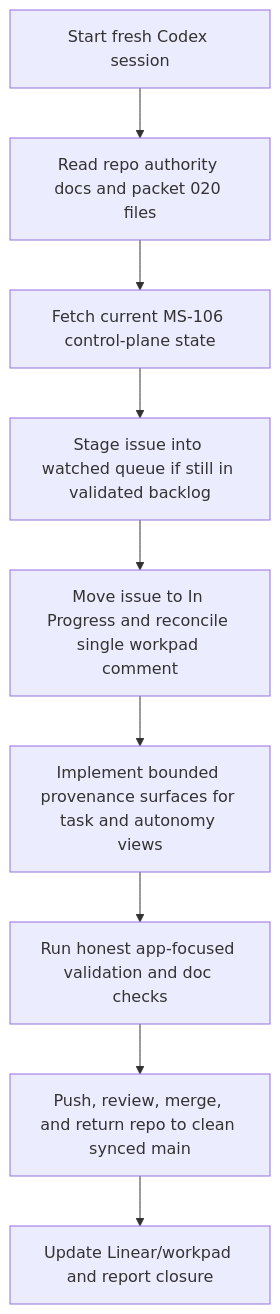
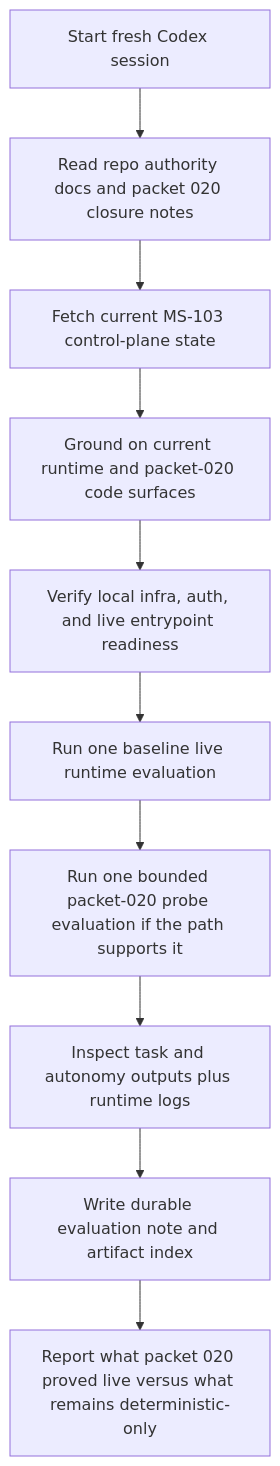
Before and after one commit to MattMagg/MisterSmith: the diagram in docs/prompt-improver-spec/implementation_plan.md, drawn with Mermaid. The commit also changed other lines of this file and 3 other files, not shown here.

First line of the commit message:
docs(prompt-improver): add MS-103 live evaluation handoff (#245)

````diff
--- a/docs/prompt-improver-spec/implementation_plan.md
+++ b/docs/prompt-improver-spec/implementation_plan.md
@@ -50,11 +72,12 @@
 ```mermaid
 graph TD
-    A["Start fresh Codex session"] --> B["Read repo authority docs and packet 020 files"]
-    B --> C["Fetch current MS-106 control-plane state"]
-    C --> D["Stage issue into watched queue if still in validated backlog"]
-    D --> E["Move issue to In Progress and reconcile single workpad comment"]
-    E --> F["Implement bounded provenance surfaces for task and autonomy views"]
-    F --> G["Run honest app-focused validation and doc checks"]
-    G --> H["Push, review, merge, and return repo to clean synced main"]
-    H --> I["Update Linear/workpad and report closure"]
+    A["Start fresh Codex session"] --> B["Read repo authority docs and packet 020 closure notes"]
+    B --> C["Fetch current MS-103 control-plane state"]
+    C --> D["Ground on current runtime and packet-020 code surfaces"]
+    D --> E["Verify local infra, auth, and live entrypoint readiness"]
+    E --> F["Run one baseline live runtime evaluation"]
+    F --> G["Run one bounded packet-020 probe evaluation if the path supports it"]
+    G --> H["Inspect task and autonomy outputs plus runtime logs"]
+    H --> I["Write durable evaluation note and artifact index"]
+    I --> J["Report what packet 020 proved live versus what remains deterministic-only"]
 ```
````
